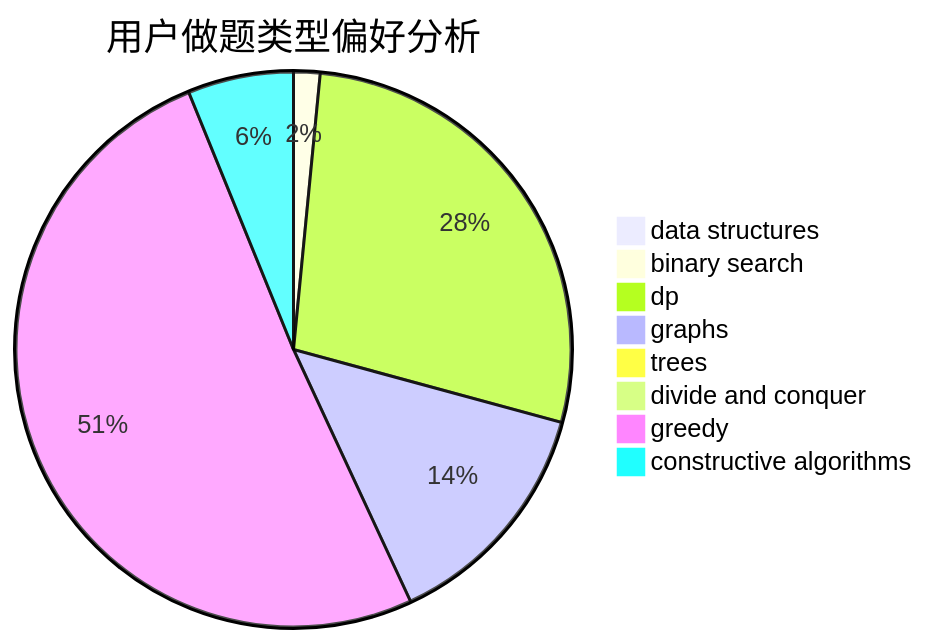
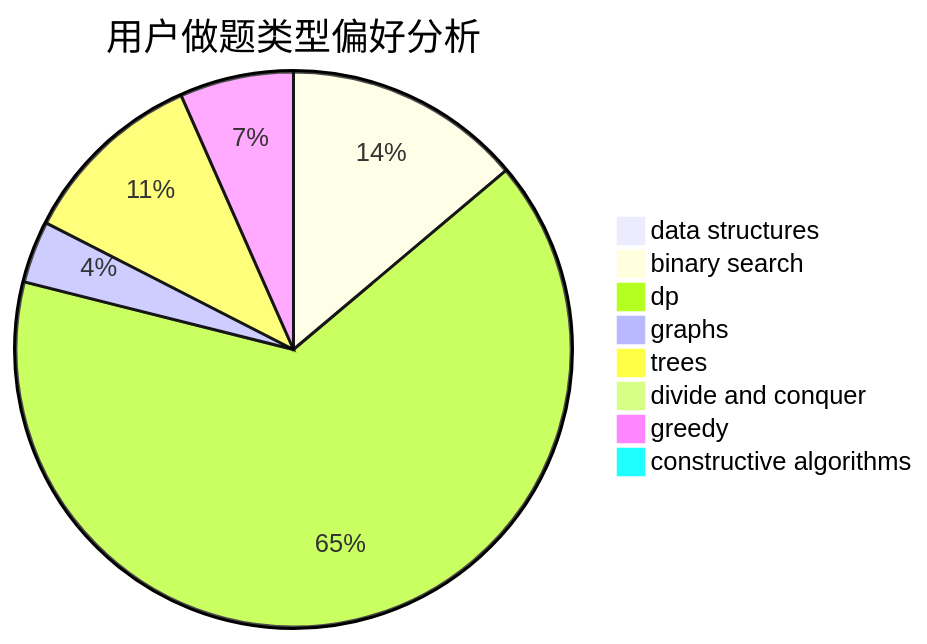
Before and after one commit to sherpahu/cfrs.github.io: the second of 3 diagrams in docs/user/u1804.md, drawn with Mermaid. The commit also changed other lines of this file and 2770 other files, not shown here.

````diff
--- a/docs/user/u1804.md
+++ b/docs/user/u1804.md
@@ -23,11 +23,11 @@
 ```mermaid
 pie title 用户做题类型偏好分析
     "data structures" :  0
-    "binary search" :  1
-    "dp" :  18
-    "graphs" :  9
-    "trees" :  0
+    "binary search" :  23
+    "dp" :  108
+    "graphs" :  6
+    "trees" :  18
     "divide and conquer" :  0
-    "greedy" :  33
-    "constructive algorithms" :  4
+    "greedy" :  11
+    "constructive algorithms" :  0
 ```
````
